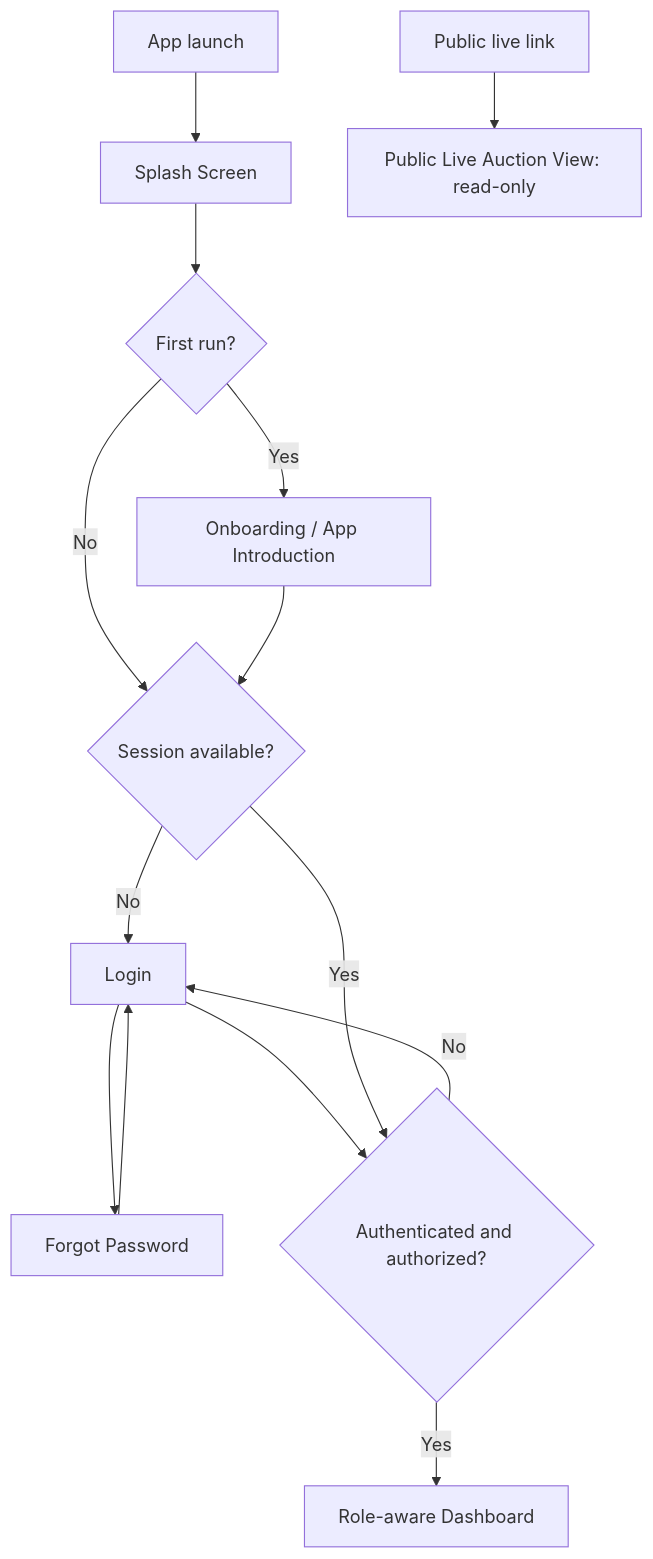
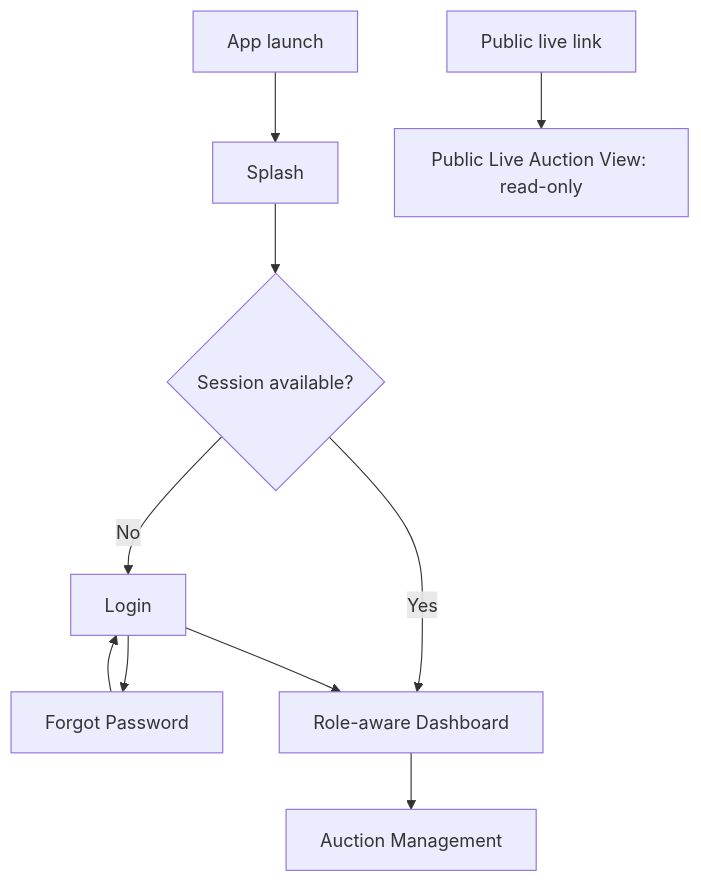
One commit to Bhautik-Dev/jp_auction_arena changed the first of 3 diagrams in docs/APP_NAVIGATION_FLOW.md. Above: the diagram before and after it, drawn with Mermaid. The commit also changed other lines of this file and 38 other files, not shown here.

````diff
--- a/docs/APP_NAVIGATION_FLOW.md
+++ b/docs/APP_NAVIGATION_FLOW.md
@@ -12,16 +11,12 @@
 ```mermaid
 flowchart TD
-    A[App launch] --> B[Splash Screen]
-    B --> C{First run?}
-    C -- Yes --> D[Onboarding / App Introduction]
-    C -- No --> E{Session available?}
-    D --> E
-    E -- No --> F[Login]
-    F --> G[Forgot Password]
-    G --> F
-    F --> H{Authenticated and authorized?}
-    E -- Yes --> H
-    H -- No --> F
-    H -- Yes --> I[Role-aware Dashboard]
+    A[App launch] --> B[Splash]
+    B --> C{Session available?}
+    C -- No --> D[Login]
+    D --> E[Forgot Password]
+    E --> D
+    C -- Yes --> F[Role-aware Dashboard]
+    D --> F
+    F --> G[Auction Management]
     P[Public live link] --> Q[Public Live Auction View: read-only]
 ```
````
